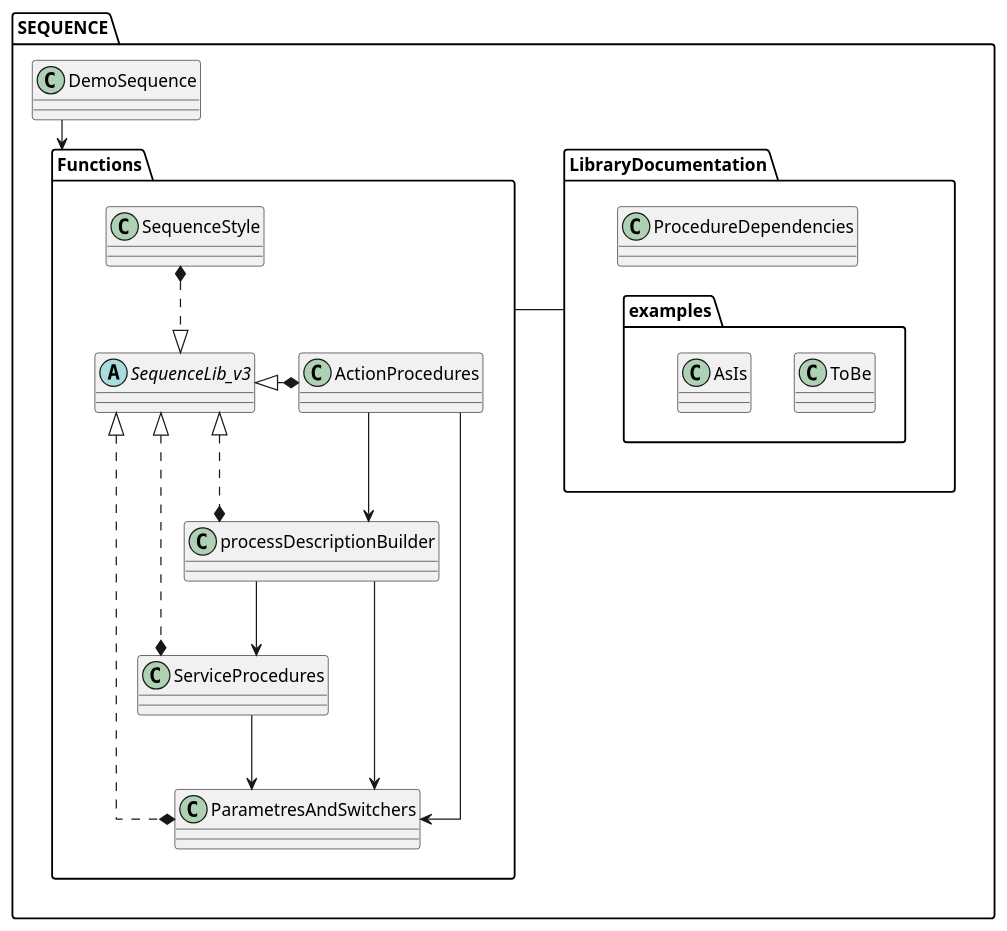
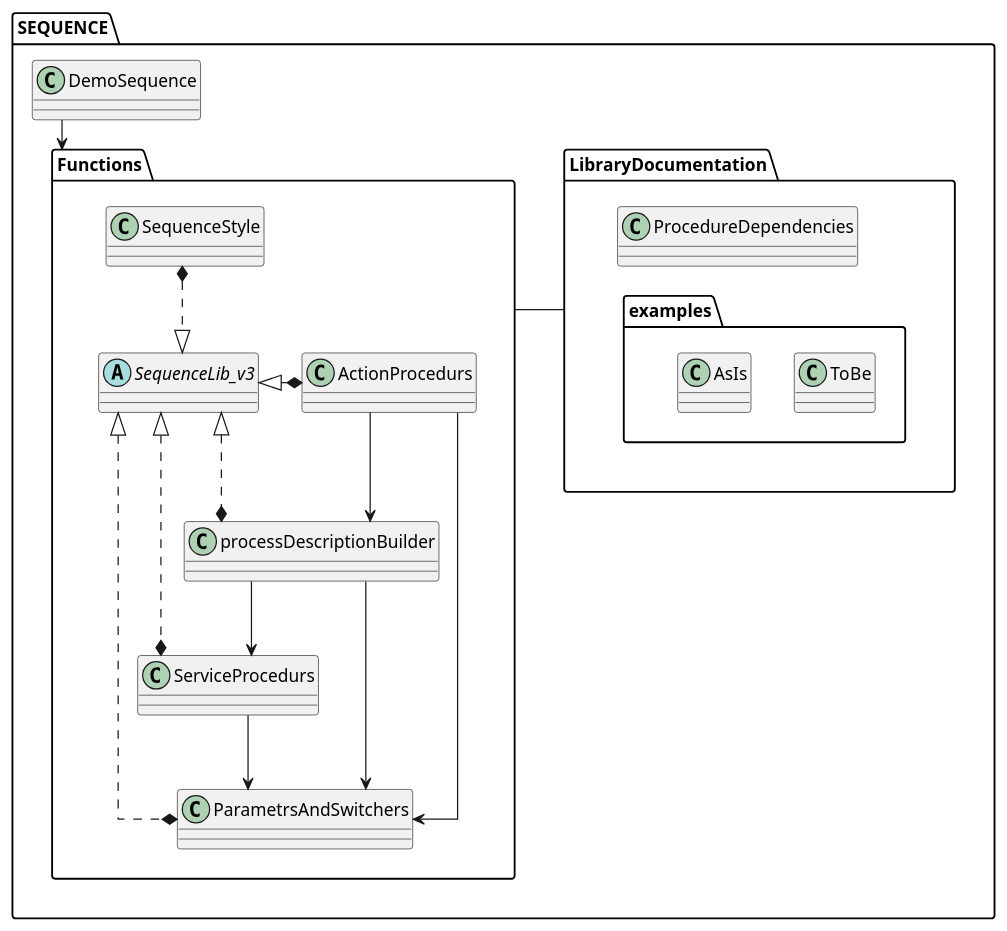
Before and after one commit to leraRadicovich/plantUML_Lib: the diagram in SEQUENCE/LibraryDocumentation/ProcedureDependencies.puml, drawn with PlantUML. The commit also changed 15 other files, not shown here.

```diff
--- a/SEQUENCE/LibraryDocumentation/ProcedureDependencies.puml
+++ b/SEQUENCE/LibraryDocumentation/ProcedureDependencies.puml
@@ -1,39 +1,39 @@
 @startuml
 skinparam linetype ortho
 'left to right direction
 package SEQUENCE {
     package Functions {
         abstract "SequenceLib_v3" as lib
         class "SequenceStyle" as style
-        class "ParametresAndSwitchers" as params
-        class "ActionProcedures" as act
-        class "ServiceProcedures" as serv
+        class "ParametrsAndSwitchers" as params
+        class "ActionProcedurs" as act
+        class "ServiceProcedurs" as serv
         class "processDescriptionBuilder" as procMap
     }
 }
 class SEQUENCE.LibraryDocumentation.ProcedureDependencies
 class SEQUENCE.LibraryDocumentation.examples.ToBe
 class SEQUENCE.LibraryDocumentation.examples.AsIs
 class SEQUENCE.DemoSequence
 
 style *..|> lib
 lib <|..* params
 lib <|.* act
 lib <|.* serv
 lib <|..* procMap
 
 act --> params
 act --> procMap
 
 procMap --> serv
 procMap --> params
 
 serv --> params
 
 SEQUENCE.LibraryDocumentation -right- SEQUENCE.Functions
 
 SEQUENCE.LibraryDocumentation.ProcedureDependencies -[hidden]- SEQUENCE.LibraryDocumentation.examples
 
 SEQUENCE.DemoSequence --> SEQUENCE.Functions
 
 @enduml0
```
